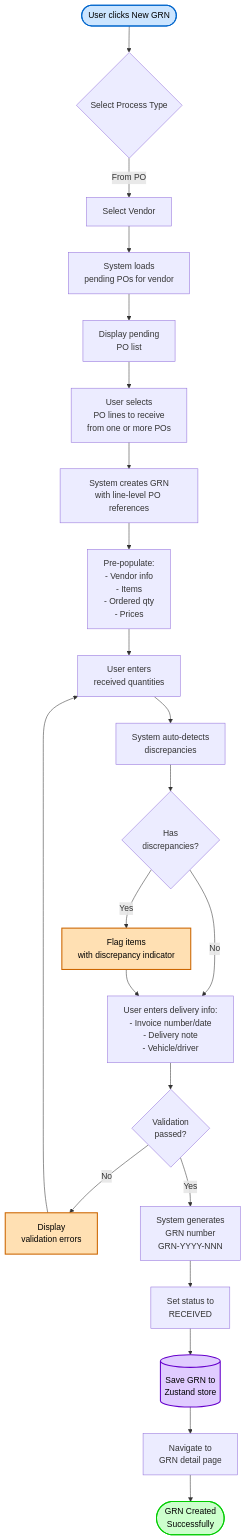
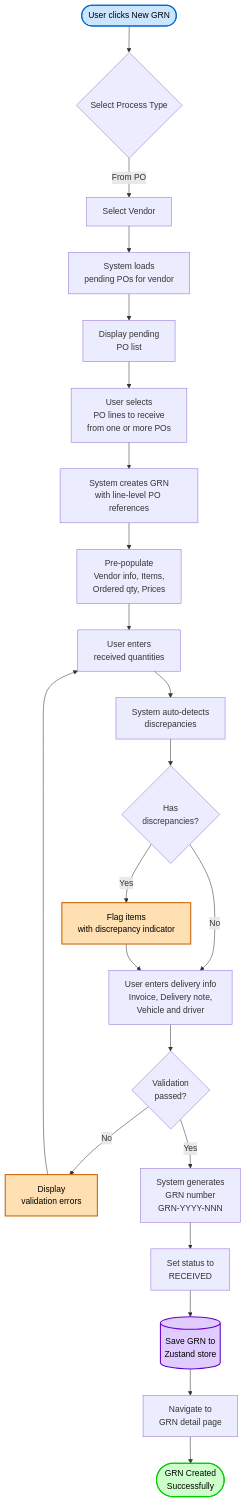
The first of 6 diagrams in docs/app/procurement/goods-received-notes/FD-goods-received-note.md (CarmenSoftware-organization/carmen), drawn with Mermaid before and after one commit. The commit also changed other lines of this file and 23 other files, not shown here.

````diff
--- a/docs/app/procurement/goods-received-notes/FD-goods-received-note.md
+++ b/docs/app/procurement/goods-received-notes/FD-goods-received-note.md
@@ -54,38 +59,38 @@
 ```mermaid
 flowchart TD
     Start([User clicks New GRN]) --> Select{Select Process Type}
     Select -->|From PO| VendorSelect[Select Vendor]
 
     VendorSelect --> LoadPOs[System loads<br/>pending POs for vendor]
     LoadPOs --> DisplayPOs[Display pending<br/>PO list]
 
     DisplayPOs --> SelectPO[User selects<br/>PO lines to receive<br/>from one or more POs]
     SelectPO --> CreateGRN[System creates GRN<br/>with line-level PO references]
 
-    CreateGRN --> PrePopulate[Pre-populate:<br/>- Vendor info<br/>- Items<br/>- Ordered qty<br/>- Prices]
+    CreateGRN --> PrePopulate[Pre-populate<br/>Vendor info, Items,<br/>Ordered qty, Prices]
 
     PrePopulate --> EnterQty[User enters<br/>received quantities]
     EnterQty --> AutoDisc[System auto-detects<br/>discrepancies]
 
     AutoDisc --> CheckDisc{Has<br/>discrepancies?}
     CheckDisc -->|Yes| FlagItems[Flag items<br/>with discrepancy indicator]
     CheckDisc -->|No| EnterDelivery
-    FlagItems --> EnterDelivery[User enters delivery info:<br/>- Invoice number/date<br/>- Delivery note<br/>- Vehicle/driver]
+    FlagItems --> EnterDelivery[User enters delivery info<br/>Invoice, Delivery note,<br/>Vehicle and driver]
 
     EnterDelivery --> Validate{Validation<br/>passed?}
     Validate -->|No| ShowErrors[Display<br/>validation errors]
     ShowErrors --> EnterQty
 
     Validate -->|Yes| GenNumber[System generates<br/>GRN number<br/>GRN-YYYY-NNN]
     GenNumber --> SetStatus[Set status to<br/>RECEIVED]
 
     SetStatus --> SaveGRN[(Save GRN to<br/>Zustand store)]
     SaveGRN --> NavDetail[Navigate to<br/>GRN detail page]
     NavDetail --> Success([GRN Created<br/>Successfully])
 
     style Start fill:#cce5ff,stroke:#0066cc,stroke-width:2px,color:#000
     style Success fill:#ccffcc,stroke:#00cc00,stroke-width:2px,color:#000
     style ShowErrors fill:#ffe0b3,stroke:#cc6600,stroke-width:2px,color:#000
     style FlagItems fill:#ffe0b3,stroke:#cc6600,stroke-width:2px,color:#000
     style SaveGRN fill:#e0ccff,stroke:#6600cc,stroke-width:2px,color:#000
 ```
````
